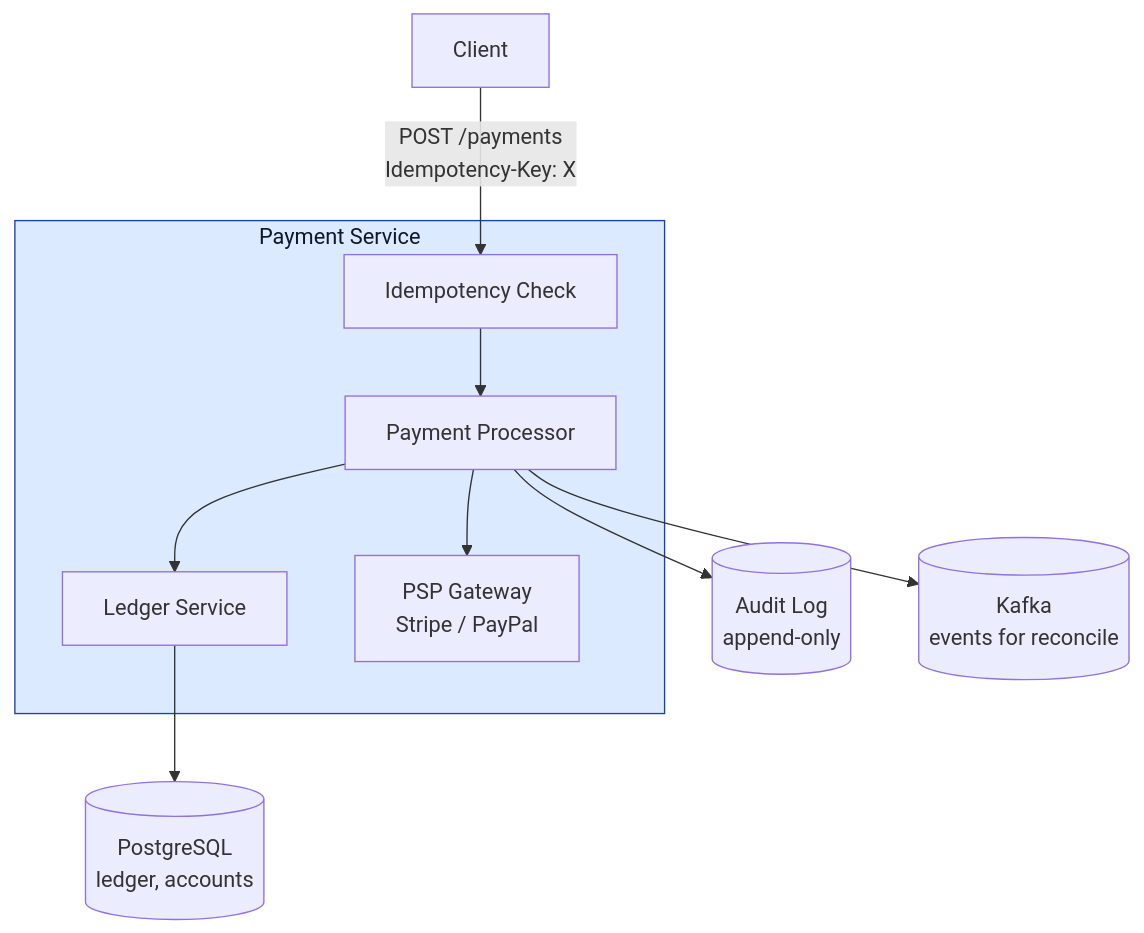
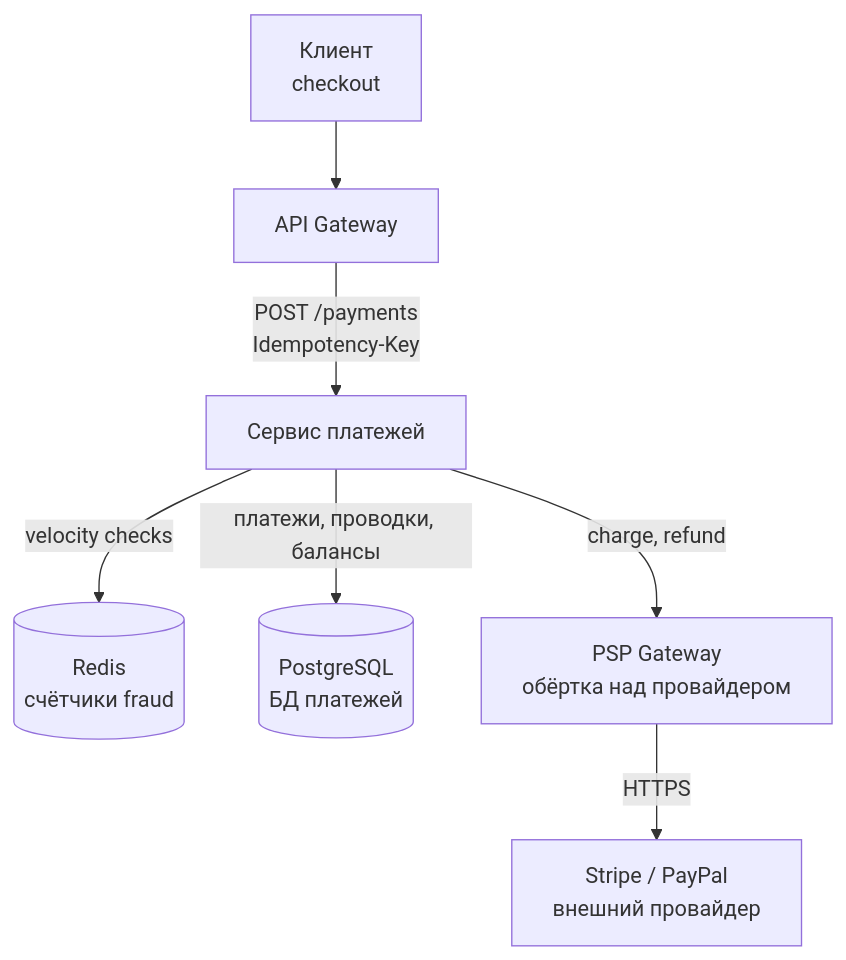
One commit to fev0ks/LearnGoLang changed the first of 5 diagrams in docs/senior-golang-study/05-system-design/interview-cases/11-payment-system.md. Above: the diagram before and after it, drawn with Mermaid. The commit also changed other lines of this file and 1 other file, not shown here.

Commit message:
Expand payment system and ledger design

````diff
--- a/docs/senior-golang-study/05-system-design/interview-cases/11-payment-system.md
+++ b/docs/senior-golang-study/05-system-design/interview-cases/11-payment-system.md
@@ -167,26 +178,9 @@
 ```mermaid
 flowchart TB
-    Client[Client]
-
-    subgraph PS[Payment Service]
-        Idemp[Idempotency Check]
-        Processor[Payment Processor]
-        Ledger[Ledger Service]
-        Gateway[PSP Gateway<br/>Stripe / PayPal]
-
-        Idemp --> Processor
-        Processor --> Ledger
-        Processor --> Gateway
-    end
-
-    DB[(PostgreSQL<br/>ledger, accounts)]
-    Audit[(Audit Log<br/>append-only)]
-    Kafka[(Kafka<br/>events for reconcile)]
-
-    Client -->|POST /payments<br/>Idempotency-Key: X| Idemp
-    Ledger --> DB
-    Processor --> Audit
-    Processor --> Kafka
-
-    style PS fill:#dbeafe,stroke:#1e40af,color:#0f172a
+    Client[Клиент<br/>checkout] --> Gateway[API Gateway]
+    Gateway -->|POST /payments<br/>Idempotency-Key| Payments[Сервис платежей]
+    Payments -->|velocity checks| Redis[(Redis<br/>счётчики fraud)]
+    Payments -->|платежи, проводки, балансы| DB[(PostgreSQL<br/>БД платежей)]
+    Payments -->|charge, refund| PSPGW[PSP Gateway<br/>обёртка над провайдером]
+    PSPGW -->|HTTPS| PSP[Stripe / PayPal<br/>внешний провайдер]
 ```
````
